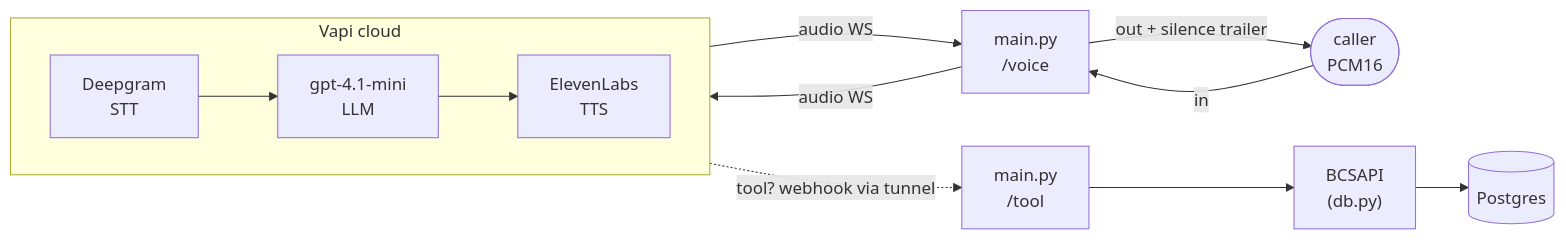
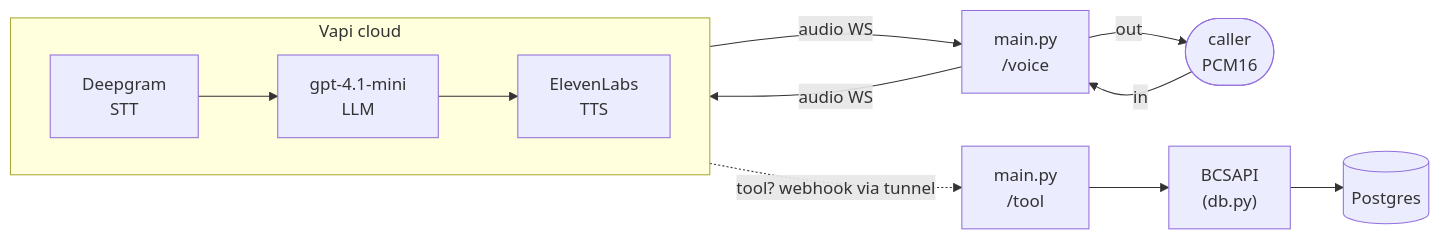
Before and after one commit to veris-ai/riley-vapi: the diagram in app/README.md, drawn with Mermaid. The commit also changed other lines of this file and 2 other files, not shown here.

First line of the commit message:
refactor: remove the end-of-turn silence trailer (#1)

````diff
--- a/app/README.md
+++ b/app/README.md
@@ -21,19 +21,19 @@
 ```mermaid
 flowchart LR
     caller(["caller<br/>PCM16"])
     voice["main.py<br/>/voice"]
 
     subgraph vapi ["Vapi cloud"]
         direction LR
         stt["Deepgram<br/>STT"] --> llm["gpt-4.1-mini<br/>LLM"]
         llm --> tts["ElevenLabs<br/>TTS"]
     end
 
     tool["main.py<br/>/tool"]
     api["BCSAPI<br/>(db.py)"]
     pg[("Postgres")]
 
     caller -->|"in"| voice -->|"audio WS"| stt
-    tts -->|"audio WS"| voice -->|"out + silence trailer"| caller
+    tts -->|"audio WS"| voice -->|"out"| caller
     llm -.->|"tool? webhook via tunnel"| tool --> api --> pg
 ```
````
